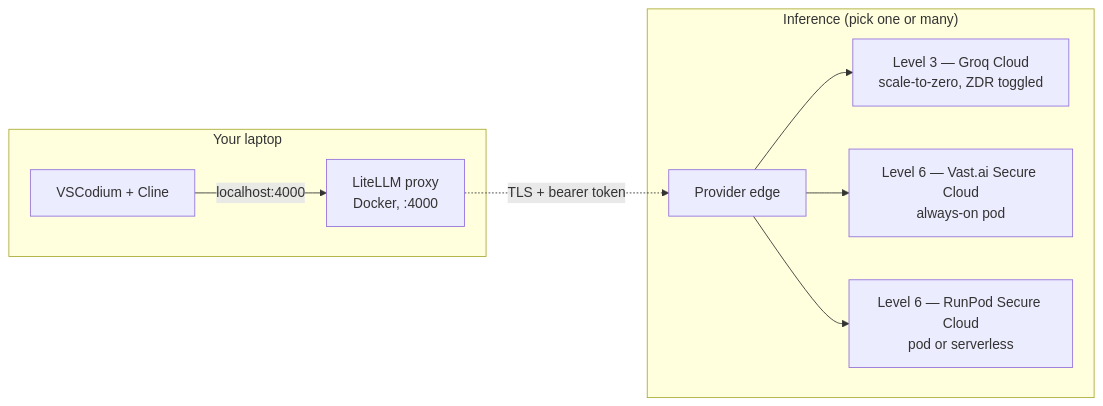
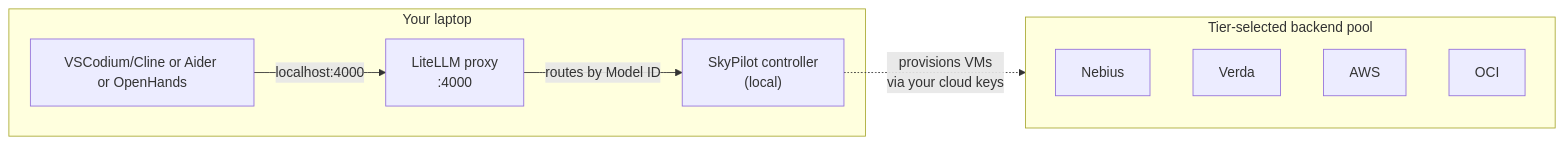
The diagram in README.md (dealright/zdr-coder), drawn with Mermaid before and after one commit. The commit also changed other lines of this file and 15 other files, not shown here.

First line of the commit message:
feat(skypilot): tier-based multi-backend orchestration + verified Lambda haiku-pod e2e

````diff
--- a/README.md
+++ b/README.md
@@ -278,15 +304,17 @@
 ```mermaid
 flowchart LR
     subgraph laptop["Your laptop"]
-        Cline["VSCodium + Cline"]
-        LiteLLM["LiteLLM proxy<br/>Docker, :4000"]
-        Cline -->|"localhost:4000"| LiteLLM
+        Client["VSCodium/Cline or Aider or OpenHands"]
+        LiteLLM["LiteLLM proxy<br/>:4000"]
+        SkyServe["SkyPilot controller<br/>(local)"]
+        Client -->|"localhost:4000"| LiteLLM
+        LiteLLM -->|"routes by Model ID"| SkyServe
     end
-    LiteLLM -.->|"TLS + bearer token"| Edge
-    subgraph providers["Inference (pick one or many)"]
-        Edge["Provider edge"]
-        Edge --> API["Level 3 — Groq Cloud<br/>scale-to-zero, ZDR toggled"]
-        Edge --> Vast["Level 6 — Vast.ai Secure Cloud<br/>always-on pod"]
-        Edge --> RP["Level 6 — RunPod Secure Cloud<br/>pod or serverless"]
+    SkyServe -.->|"provisions VMs<br/>via your cloud keys"| Pool
+    subgraph Pool["Tier-selected backend pool"]
+        N["Nebius"]
+        V["Verda"]
+        A["AWS"]
+        O["OCI"]
     end
 ```
````
